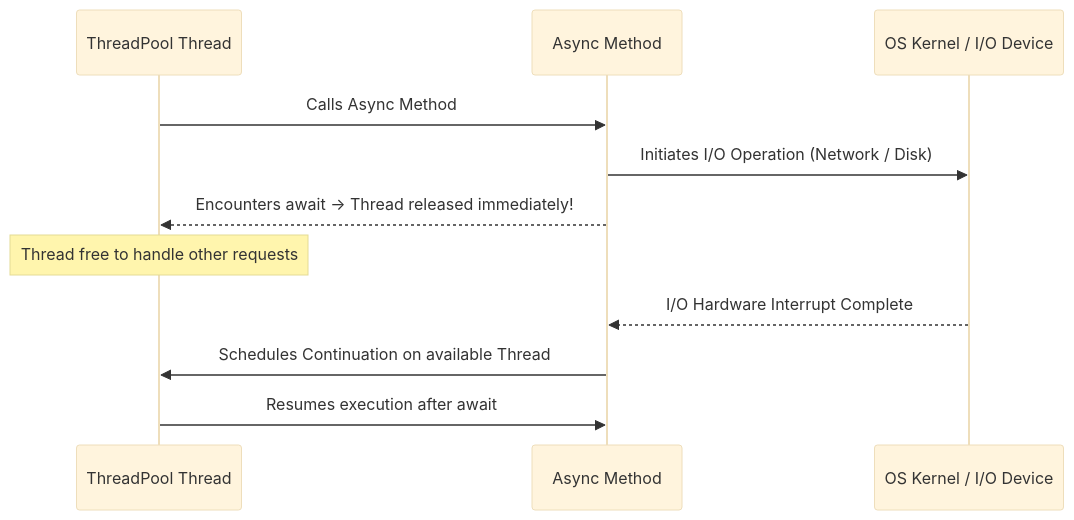
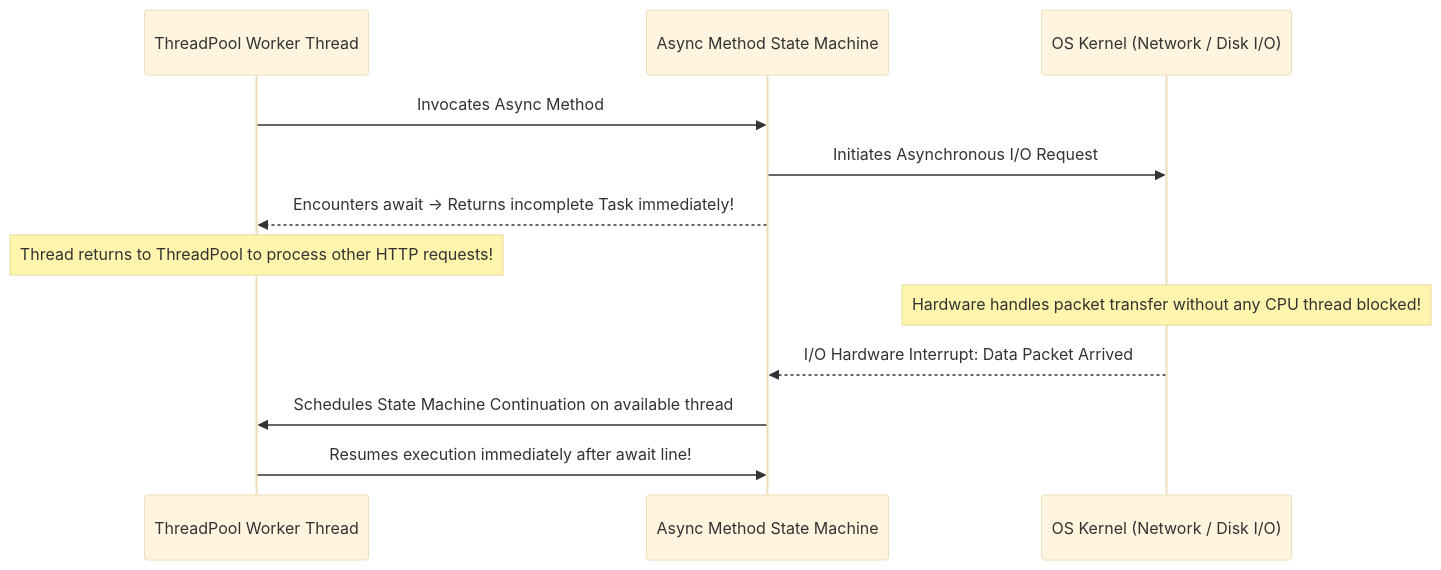
The diagram in Main/Topics/18_AsynchronousProgramming/README.md (Singhkunall/Csharp-learning), drawn with Mermaid (base theme) before and after one commit. The commit also changed other lines of this file and 9 other files, not shown here.

Commit message:
Enhance: In-depth story-driven theory, architecture diagrams, and comprehensive code for Phase 5 (Topics 16-20)

````diff
--- a/Main/Topics/18_AsynchronousProgramming/README.md
+++ b/Main/Topics/18_AsynchronousProgramming/README.md
@@ -21,14 +31,15 @@
 ```mermaid
 sequenceDiagram
-    participant Thread as ThreadPool Thread
-    participant Method as Async Method
-    participant OS as OS Kernel / I/O Device
+    participant Thread as ThreadPool Worker Thread
+    participant Method as Async Method State Machine
+    participant OS as OS Kernel (Network / Disk I/O)
 
-    Thread->>Method: Calls Async Method
-    Method->>OS: Initiates I/O Operation (Network / Disk)
-    Method-->>Thread: Encounters await -> Thread released immediately!
-    Note over Thread: Thread free to handle other requests
-    OS-->>Method: I/O Hardware Interrupt Complete
-    Method->>Thread: Schedules Continuation on available Thread
-    Thread->>Method: Resumes execution after await
+    Thread->>Method: Invocates Async Method
+    Method->>OS: Initiates Asynchronous I/O Request
+    Method-->>Thread: Encounters await -> Returns incomplete Task immediately!
+    Note over Thread: Thread returns to ThreadPool to process other HTTP requests!
+    Note over OS: Hardware handles packet transfer without any CPU thread blocked!
+    OS-->>Method: I/O Hardware Interrupt: Data Packet Arrived
+    Method->>Thread: Schedules State Machine Continuation on available thread
+    Thread->>Method: Resumes execution immediately after await line!
 ```
````
